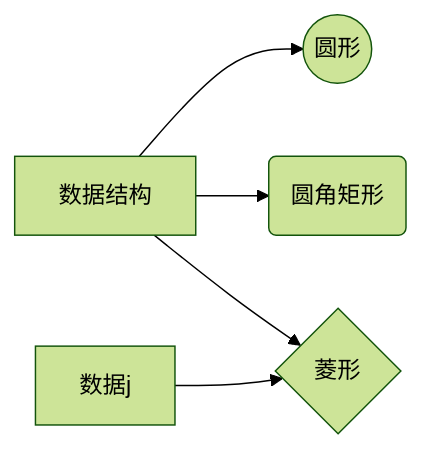
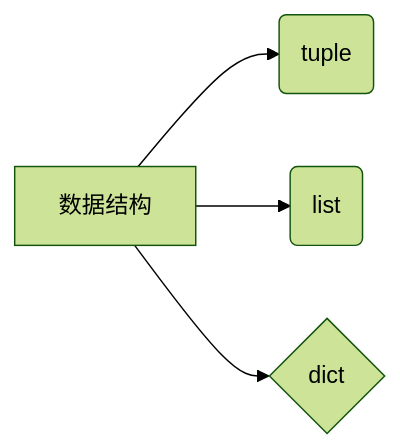
The diagram in _posts/2023-12-31-数据结构.md (lemonchann/lemonchann.github.io), drawn with Mermaid (forest theme) before and after one commit. The commit also changed other lines of this file, not shown here.

Commit message:
_posts/2023-12-31-数据结构.md updated from https://stackedit.cn/

````diff
--- a/_posts/2023-12-31-数据结构.md
+++ b/_posts/2023-12-31-数据结构.md
@@ -7,7 +7,6 @@
 ```mermaid
 graph LR
-数据结构 --> B((圆形))
-数据结构 --> C(圆角矩形)
-数据j --> D{菱形}
-数据结构 --> D
+数据结构 --> 元组(tuple)
+数据结构 --> 列表(list)
+数据结构 --> 字典{dict}
 ```
````
